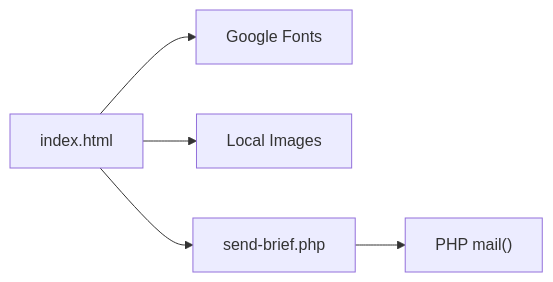
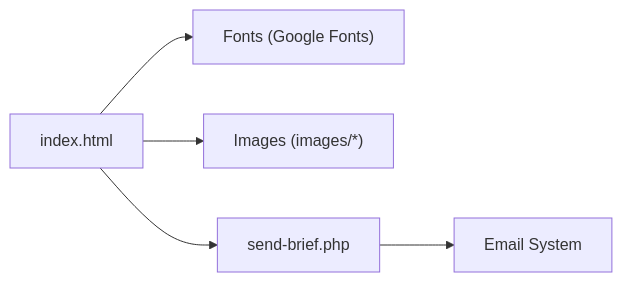
Before and after one commit to Vostrikov2014/emoo: the third of 3 diagrams in .qoder/repowiki/en/content/Customization Guide.md, drawn with Mermaid. The commit also changed other lines of this file and 49 other files, not shown here.

````diff
--- a/.qoder/repowiki/en/content/Customization Guide.md
+++ b/.qoder/repowiki/en/content/Customization Guide.md
@@ -246,7 +226,7 @@
 ```mermaid
 graph LR
-F["index.html"] --> G["Google Fonts"]
-F --> I["Local Images"]
-F --> J["send-brief.php"]
-J --> K["PHP mail()"]
+H["index.html"] --> F["Fonts (Google Fonts)"]
+H --> I["Images (images/*)"]
+H --> P["send-brief.php"]
+P --> E["Email System"]
 ```
````
